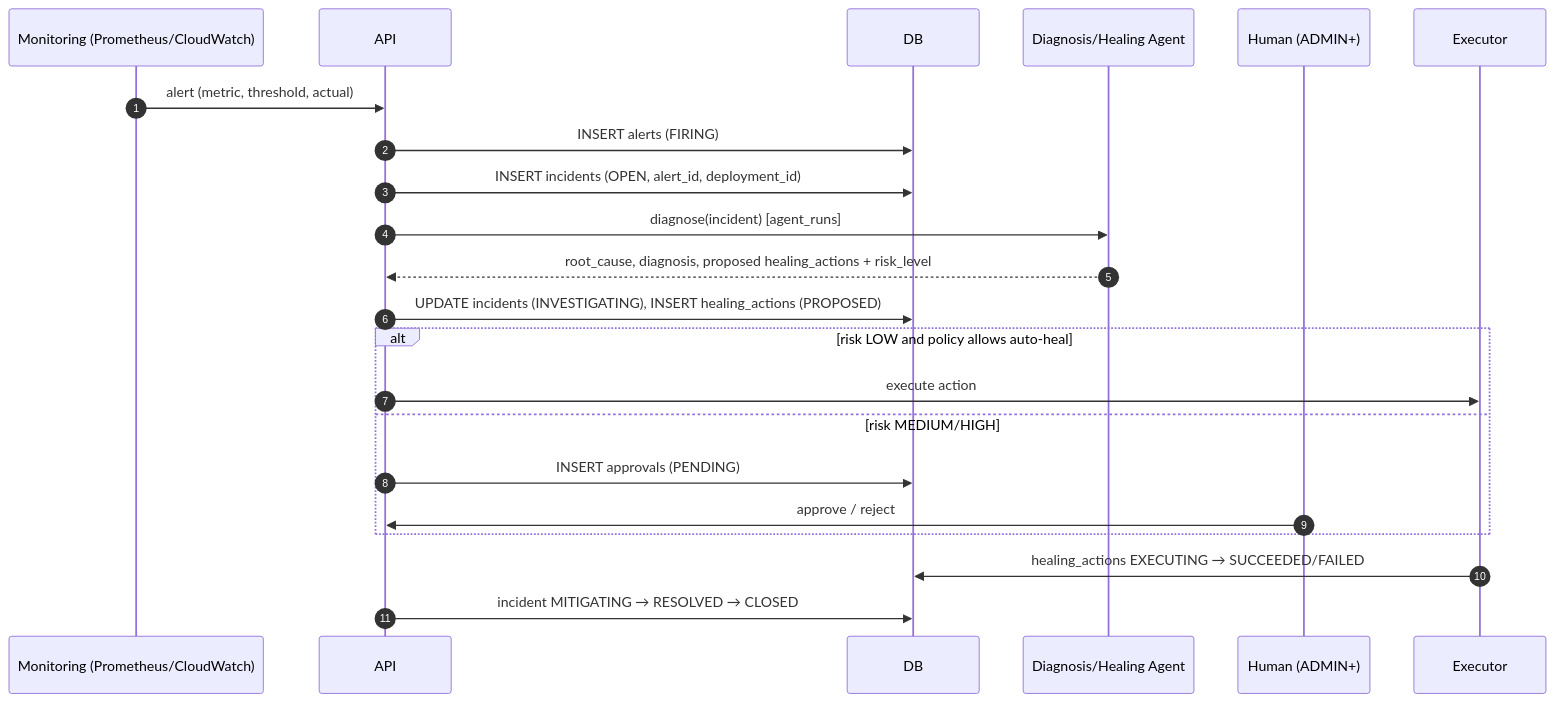
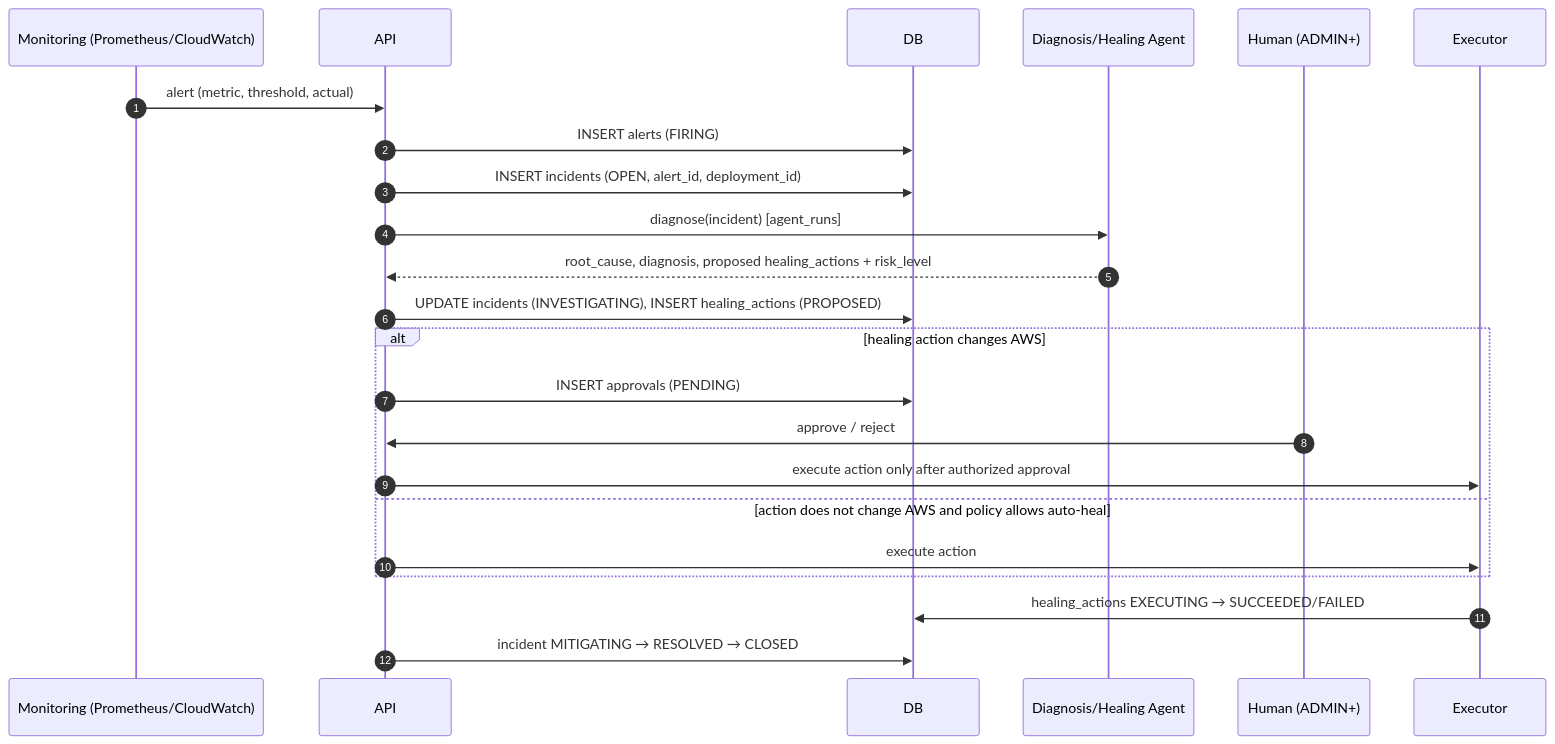
One commit to cloudcopolit/ai-cloud-deployment-platform changed the eighth of 9 diagrams in project_context/07-workflows-and-sequences.md. Above: the diagram before and after it, drawn with Mermaid. The commit also changed other lines of this file and 17 other files, not shown here.

````diff
--- a/project_context/07-workflows-and-sequences.md
+++ b/project_context/07-workflows-and-sequences.md
@@ -194,24 +196,25 @@
 ```mermaid
 sequenceDiagram
     autonumber
     participant M as Monitoring (Prometheus/CloudWatch)
     participant API
     participant DB
     participant AG as Diagnosis/Healing Agent
     participant U as Human (ADMIN+)
     participant TF as Executor
     M->>API: alert (metric, threshold, actual)
     API->>DB: INSERT alerts (FIRING)
     API->>DB: INSERT incidents (OPEN, alert_id, deployment_id)
     API->>AG: diagnose(incident)  [agent_runs]
     AG-->>API: root_cause, diagnosis, proposed healing_actions + risk_level
     API->>DB: UPDATE incidents (INVESTIGATING), INSERT healing_actions (PROPOSED)
-    alt risk LOW and policy allows auto-heal
-        API->>TF: execute action
-    else risk MEDIUM/HIGH
+    alt healing action changes AWS
         API->>DB: INSERT approvals (PENDING)
         U->>API: approve / reject
+        API->>TF: execute action only after authorized approval
+    else action does not change AWS and policy allows auto-heal
+        API->>TF: execute action
     end
     TF->>DB: healing_actions EXECUTING → SUCCEEDED/FAILED
     API->>DB: incident MITIGATING → RESOLVED → CLOSED
 ```
````
